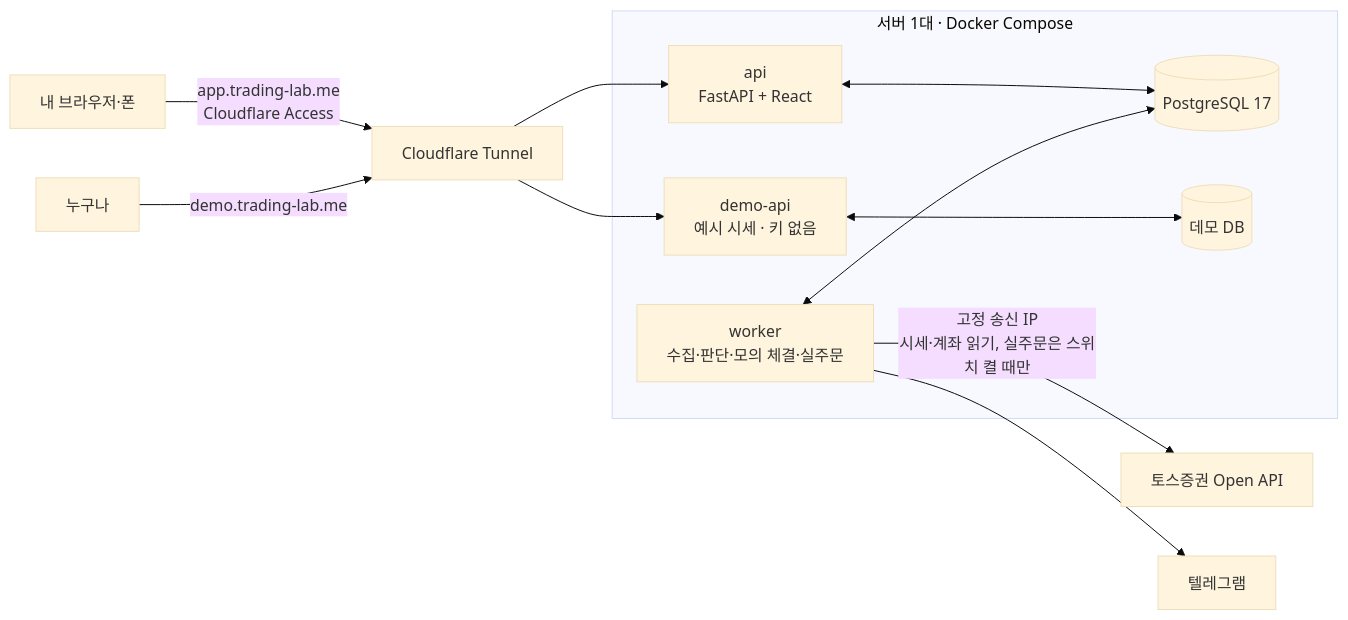
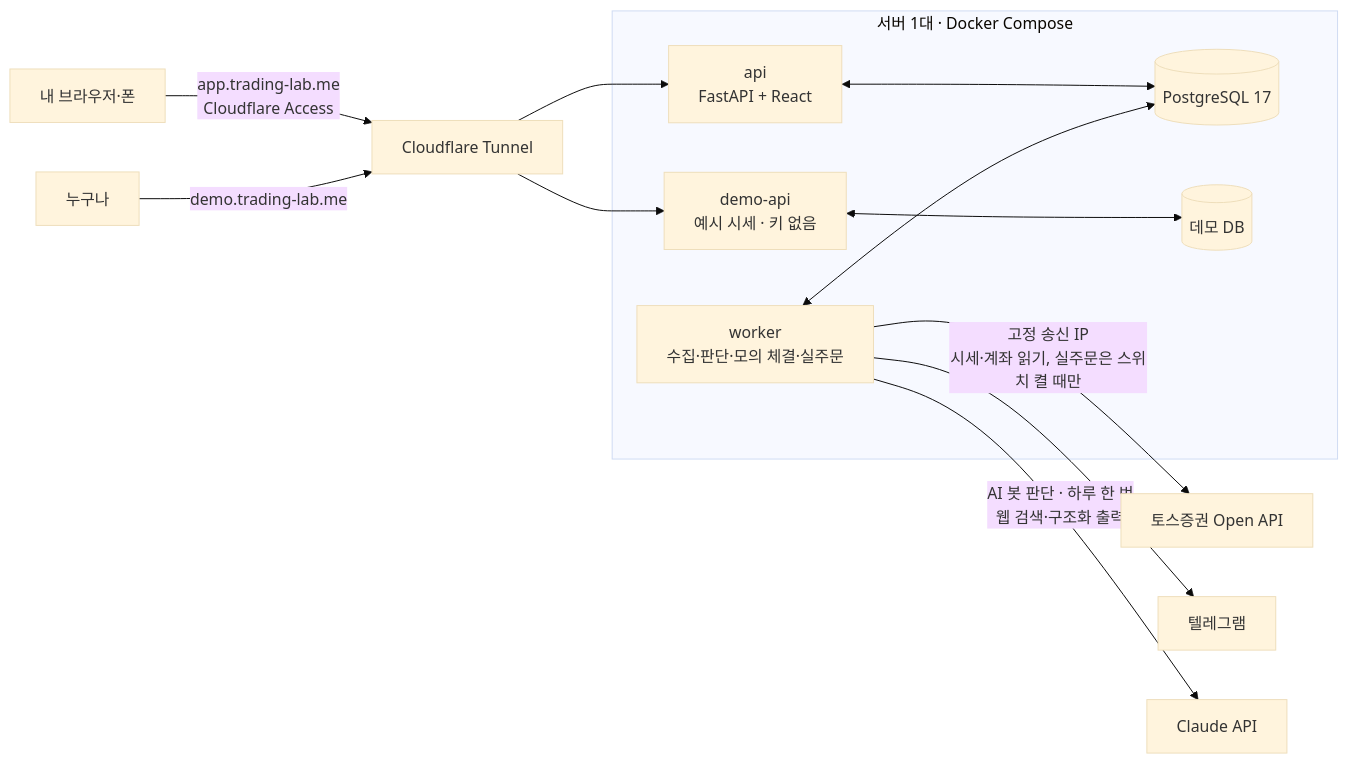
One commit to ottuck/trading-lab changed the diagram in README.md. Above: the diagram before and after it, drawn with Mermaid (base theme). The commit also changed other lines of this file and 3 other files, not shown here.

````diff
--- a/README.md
+++ b/README.md
@@ -102,14 +135,15 @@
 ```mermaid
 flowchart LR
     ME[내 브라우저·폰] -->|app.trading-lab.me<br/>Cloudflare Access| CF[Cloudflare Tunnel]
     VISITOR[누구나] -->|demo.trading-lab.me| CF
     CF --> API
     CF --> DEMO[demo-api<br/>예시 시세 · 키 없음]
     subgraph HOST[서버 1대 · Docker Compose]
         API[api<br/>FastAPI + React] <--> DB[(PostgreSQL 17)]
         WORKER[worker<br/>수집·판단·모의 체결·실주문] <--> DB
         DEMO <--> DEMODB[(데모 DB)]
     end
     WORKER -->|고정 송신 IP<br/>시세·계좌 읽기, 실주문은 스위치 켤 때만| TOSS[토스증권 Open API]
     WORKER --> TG[텔레그램]
+    WORKER -->|AI 봇 판단 · 하루 한 번<br/>웹 검색·구조화 출력| CLAUDE[Claude API]
 ```
````
